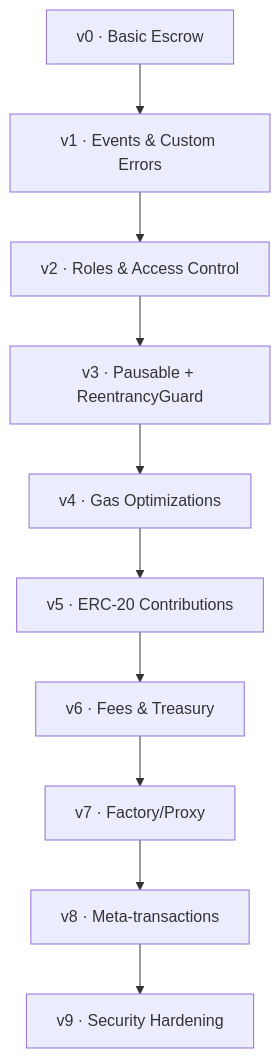
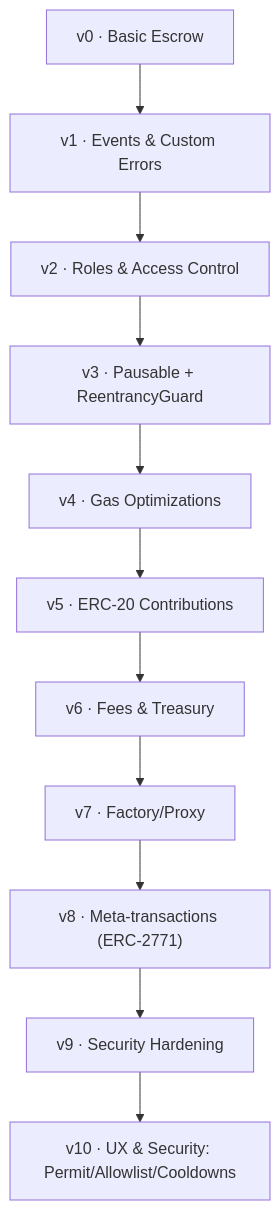
The diagram in README.md (danyzly/BaseFund), drawn with Mermaid before and after one commit. The commit also changed other lines of this file, not shown here.

````diff
--- a/README.md
+++ b/README.md
@@ -22,13 +22,13 @@
 ```mermaid
 graph TD
   v0["v0 · Basic Escrow"] --> v1["v1 · Events & Custom Errors"]
   v1 --> v2["v2 · Roles & Access Control"]
   v2 --> v3["v3 · Pausable + ReentrancyGuard"]
   v3 --> v4["v4 · Gas Optimizations"]
   v4 --> v5["v5 · ERC-20 Contributions"]
   v5 --> v6["v6 · Fees & Treasury"]
   v6 --> v7["v7 · Factory/Proxy"]
-  v7 --> v8["v8 · Meta-transactions"]
+  v7 --> v8["v8 · Meta-transactions (ERC-2771)"]
   v8 --> v9["v9 · Security Hardening"]
-
+  v9 --> v10["v10 · UX & Security: Permit/Allowlist/Cooldowns"]
 ```
````
